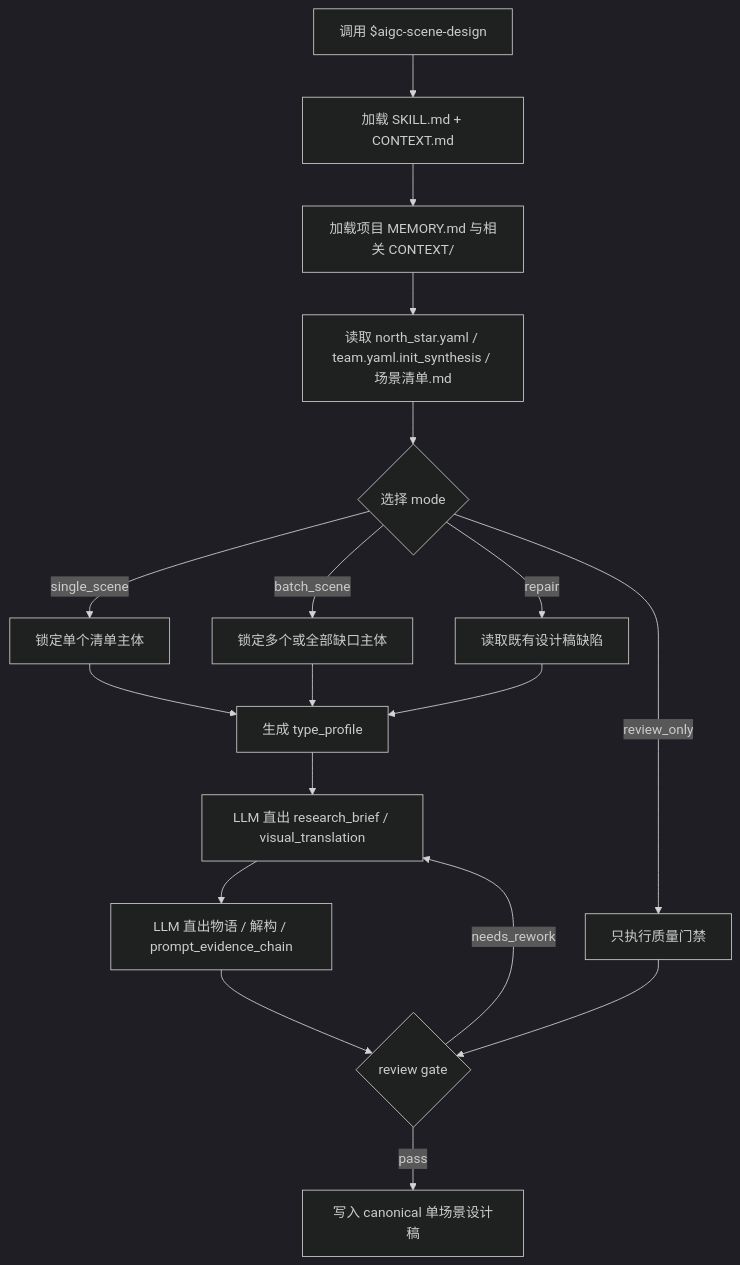
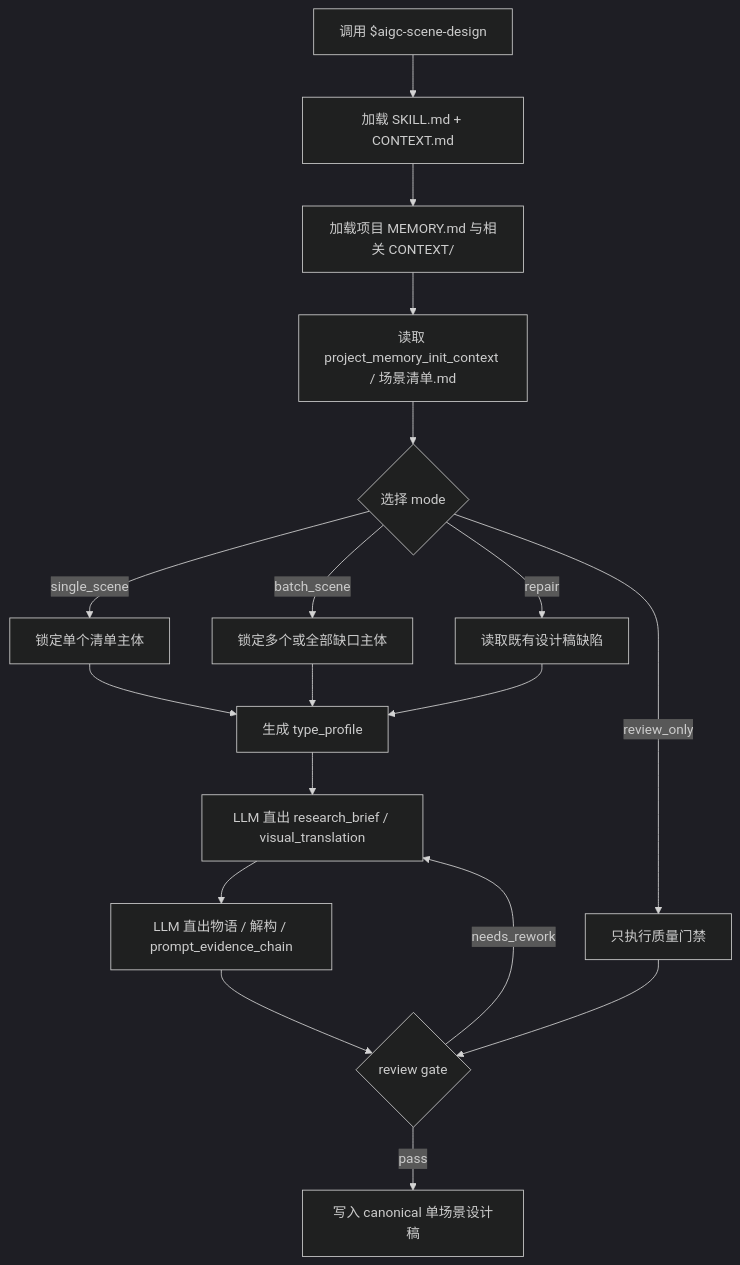
Before and after one commit to ZEN-VOID/AI-CUT: the first of 3 diagrams in .agents/skills/aigc/3-主体/场景/2-设计/SKILL.md, drawn with Mermaid (dark theme). The commit also changed other lines of this file and 439 other files, not shown here.

````diff
--- a/.agents/skills/aigc/3-主体/场景/2-设计/SKILL.md
+++ b/.agents/skills/aigc/3-主体/场景/2-设计/SKILL.md
@@ -140,20 +141,20 @@
 ```mermaid
 flowchart TD
     A["调用 $aigc-scene-design"] --> B["加载 SKILL.md + CONTEXT.md"]
     B --> C["加载项目 MEMORY.md 与相关 CONTEXT/"]
-    C --> D["读取 north_star.yaml / team.yaml.init_synthesis / 场景清单.md"]
+    C --> D["读取 project_memory_init_context / 场景清单.md"]
     D --> E{"选择 mode"}
     E -->|"single_scene"| F["锁定单个清单主体"]
     E -->|"batch_scene"| G["锁定多个或全部缺口主体"]
     E -->|"repair"| H["读取既有设计稿缺陷"]
     E -->|"review_only"| I["只执行质量门禁"]
     F --> J["生成 type_profile"]
     G --> J
     H --> J
     J --> K["LLM 直出 research_brief / visual_translation"]
     K --> N["LLM 直出物语 / 解构 / prompt_evidence_chain"]
     N --> L{"review gate"}
     I --> L
     L -->|"pass"| M["写入 canonical 单场景设计稿"]
     L -->|"needs_rework"| K
 ```
````
